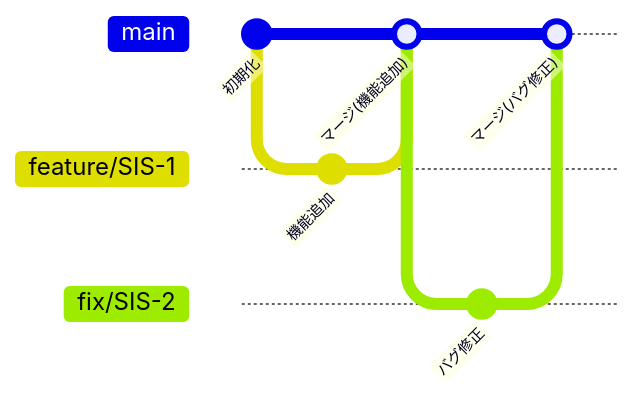
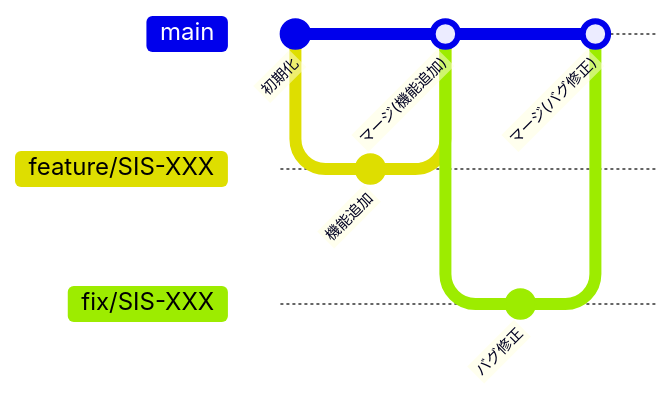
Before and after one commit to novel-sarugaku/helpdesk-app-backend: the diagram in README.md, drawn with Mermaid.

Commit message:
fix: ブランチ運用ルール修正

````diff
--- a/README.md
+++ b/README.md
@@ -131,14 +131,14 @@
 ```mermaid
 gitGraph
     commit id:"初期化"
-    branch "feature/SIS-1"
-    checkout "feature/SIS-1"
+    branch "feature/SIS-XXX"
+    checkout "feature/SIS-XXX"
     commit id:"機能追加"
     checkout main
-    merge "feature/SIS-1" id:"マージ(機能追加)"
-    branch "fix/SIS-2"
-    checkout "fix/SIS-2"
+    merge "feature/SIS-XXX" id:"マージ(機能追加)"
+    branch "fix/SIS-XXX"
+    checkout "fix/SIS-XXX"
     commit id:"バグ修正"
     checkout main
-    merge "fix/SIS-2" id:"マージ(バグ修正)"
+    merge "fix/SIS-XXX" id:"マージ(バグ修正)"
 ```
````
